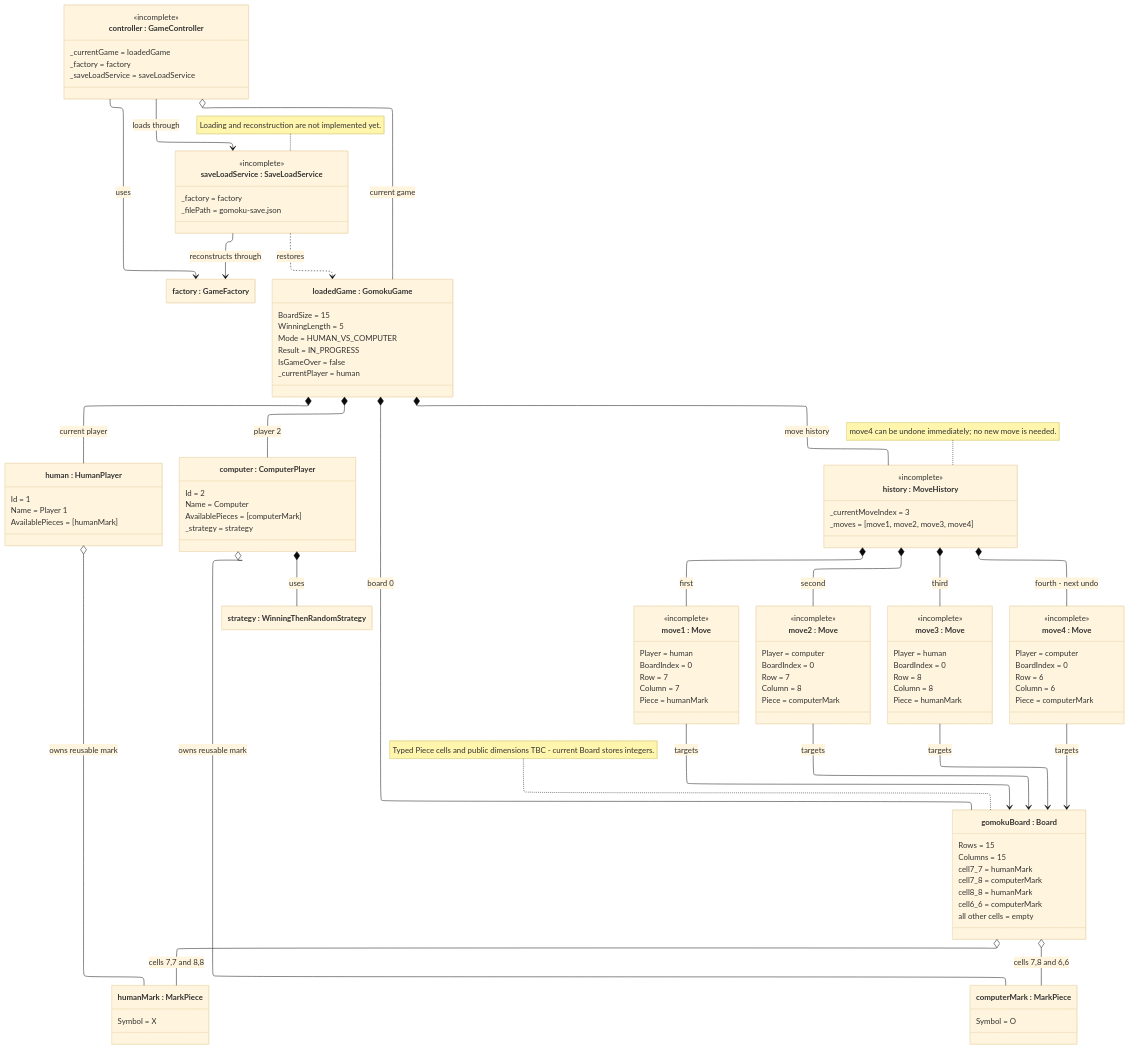
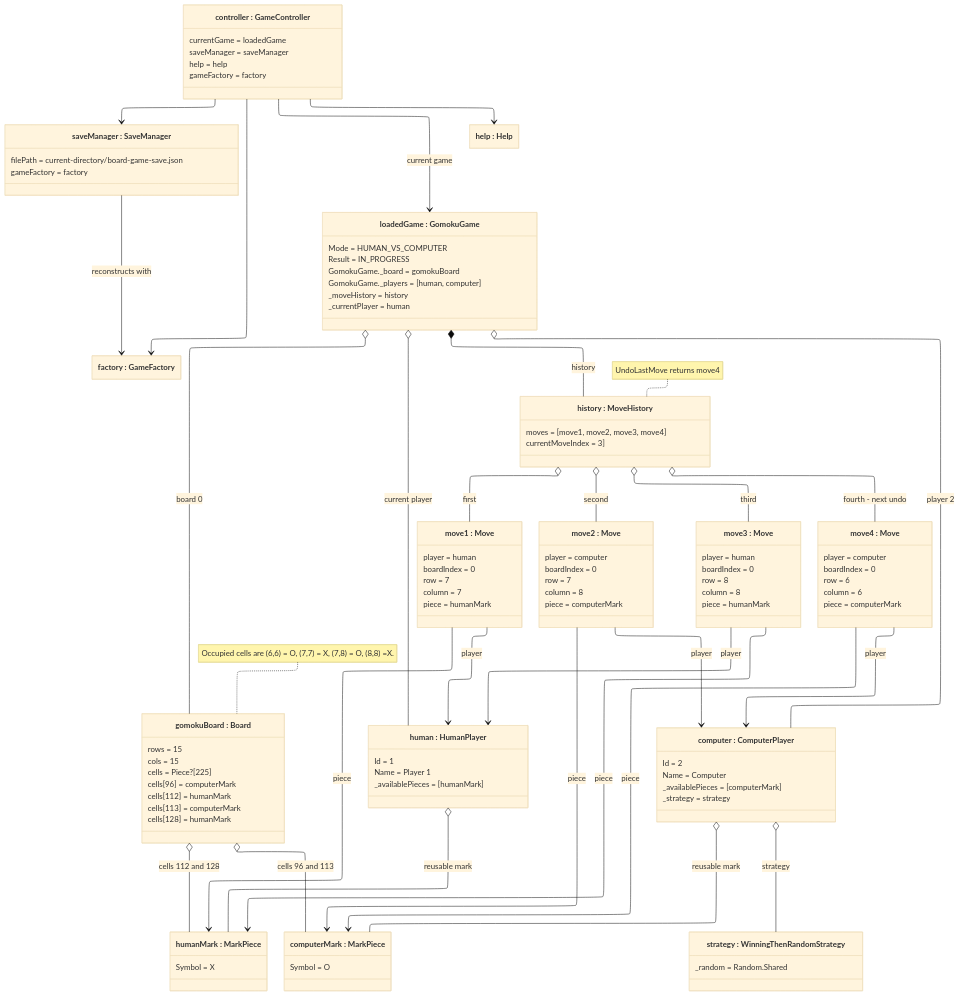
The diagram in diagrams/ObjectDiagram2.mmd (a-edalat/IFQ584-Object-Oriented-Design_assignment3), drawn with Mermaid (base theme) before and after one commit.

Commit message:
fix(obj-diagram-2): finalised object diagram based on code implementation

```diff
--- a/diagrams/ObjectDiagram2.mmd
+++ b/diagrams/ObjectDiagram2.mmd
@@ -1,147 +1,145 @@
 %% diag type
 classDiagram
 direction TB
 
 %% formatting for space constraints
 %%{init: {"layout": "elk", "class": {"hideEmptyMembersBox": true, "nodeSpacing": 25, "rankSpacing": 35, "diagramPadding": 8, "useMaxWidth": true}}}%%
 
 %% classes
 
 class controller["controller : GameController"] {
-    <<incomplete>>
-    _currentGame = loadedGame
-    _factory = factory
-    _saveLoadService = saveLoadService
+    currentGame = loadedGame
+    saveManager = saveManager
+    help = help
+    gameFactory = factory
 }
 
-class saveLoadService["saveLoadService : SaveLoadService"] {
-    <<incomplete>>
-    _factory = factory
-    _filePath = gomoku-save.json
+class saveManager["saveManager : SaveManager"] {
+    filePath = current-directory/board-game-save.json
+    gameFactory = factory
 }
-note for saveLoadService "Loading and reconstruction are not implemented yet."
 
+class help["help : Help"]
 class factory["factory : GameFactory"]
 
 class loadedGame["loadedGame : GomokuGame"] {
-    BoardSize = 15
-    WinningLength = 5
     Mode = HUMAN_VS_COMPUTER
     Result = IN_PROGRESS
-    IsGameOver = false
+    GomokuGame._board = gomokuBoard
+    GomokuGame._players = [human, computer]
+    _moveHistory = history
     _currentPlayer = human
 }
 
 class gomokuBoard["gomokuBoard : Board"] {
-    Rows = 15
-    Columns = 15
-    cell7_7 = humanMark
-    cell7_8 = computerMark
-    cell8_8 = humanMark
-    cell6_6 = computerMark
-    all other cells = empty
+    rows = 15
+    cols = 15
+    cells = Piece?[225]
+    cells[96] = computerMark
+    cells[112] = humanMark
+    cells[113] = computerMark
+    cells[128] = humanMark
 }
-note for gomokuBoard "Typed Piece cells and public dimensions TBC - current Board stores integers."
+note for gomokuBoard "Occupied cells are (6,6) = O, (7,7) = X, (7,8) = O, (8,8) =X."
 
 class human["human : HumanPlayer"] {
     Id = 1
     Name = Player 1
-    AvailablePieces = [humanMark]
+    _availablePieces = [humanMark]
 }
 
 class computer["computer : ComputerPlayer"] {
     Id = 2
     Name = Computer
-    AvailablePieces = [computerMark]
+    _availablePieces = [computerMark]
     _strategy = strategy
 }
 
 class humanMark["humanMark : MarkPiece"] {
     Symbol = X
 }
 
 class computerMark["computerMark : MarkPiece"] {
     Symbol = O
 }
 
-class strategy["strategy : WinningThenRandomStrategy"]
+class strategy["strategy : WinningThenRandomStrategy"] {
+    _random = Random.Shared
+}
 
 class history["history : MoveHistory"] {
-    <<incomplete>>
-    _currentMoveIndex = 3
-    _moves = [move1, move2, move3, move4]
+    moves = [move1, move2, move3, move4]
+    currentMoveIndex = 3]
 }
-note for history "move4 can be undone immediately; no new move is needed."
+note for history "UndoLastMove returns move4"
 
 class move1["move1 : Move"] {
-    <<incomplete>>
-    Player = human
-    BoardIndex = 0
-    Row = 7
-    Column = 7
-    Piece = humanMark
+    player = human
+    boardIndex = 0
+    row = 7
+    column = 7
+    piece = humanMark
 }
 
 class move2["move2 : Move"] {
-    <<incomplete>>
-    Player = computer
-    BoardIndex = 0
-    Row = 7
-    Column = 8
-    Piece = computerMark
+    player = computer
+    boardIndex = 0
+    row = 7
+    column = 8
+    piece = computerMark
 }
 
 class move3["move3 : Move"] {
-    <<incomplete>>
-    Player = human
-    BoardIndex = 0
-    Row = 8
-    Column = 8
-    Piece = humanMark
+    player = human
+    boardIndex = 0
+    row = 8
+    column = 8
+    piece = humanMark
 }
 
 class move4["move4 : Move"] {
-    <<incomplete>>
-    Player = computer
-    BoardIndex = 0
-    Row = 6
-    Column = 6
-    Piece = computerMark
+    player = computer
+    boardIndex = 0
+    row = 6
+    column = 6
+    piece = computerMark
 }
 
 %% connections
 %% association
-controller --> saveLoadService : loads through
-controller --> factory : uses
+controller --> loadedGame : current game
+controller --> saveManager
+controller --> help
+controller --> factory
 
-saveLoadService --> factory : reconstructs through
-%% dependency
-saveLoadService ..> loadedGame : restores
+saveManager --> factory : reconstructs with
 
-move1 --> gomokuBoard : targets
-move2 --> gomokuBoard : targets
-move3 --> gomokuBoard : targets
-move4 --> gomokuBoard : targets
+move1 --> human : player
+move1 --> humanMark : piece
+move2 --> computer : player
+move2 --> computerMark : piece
+move3 --> human : player
+move3 --> humanMark : piece
+move4 --> computer : player
+move4 --> computerMark : piece
 
 %% composition
-computer *-- strategy : uses
-
-loadedGame *-- gomokuBoard : board 0
-loadedGame *-- human : current player
-loadedGame *-- computer : player 2
-loadedGame *-- history : move history
-
-history *-- move1 : first
-history *-- move2 : second
-history *-- move3 : third
-history *-- move4 : fourth - next undo
+loadedGame *-- history : history
 
 %% aggregation
-controller o-- loadedGame : current game
+loadedGame o-- gomokuBoard : board 0
+loadedGame o-- human : current player
+loadedGame o-- computer : player 2
 
-human o-- humanMark : owns reusable mark
+computer o-- strategy : strategy
+computer o-- computerMark : reusable mark
 
-computer o-- computerMark : owns reusable mark
+human o-- humanMark : reusable mark
 
-gomokuBoard o-- humanMark : cells 7,7 and 8,8
-gomokuBoard o-- computerMark : cells 7,8 and 6,6
+gomokuBoard o-- humanMark : cells 112 and 128
+gomokuBoard o-- computerMark : cells 96 and 113
+
+history o-- move1 : first
+history o-- move2 : second
+history o-- move3 : third
+history o-- move4 : fourth - next undo
```
